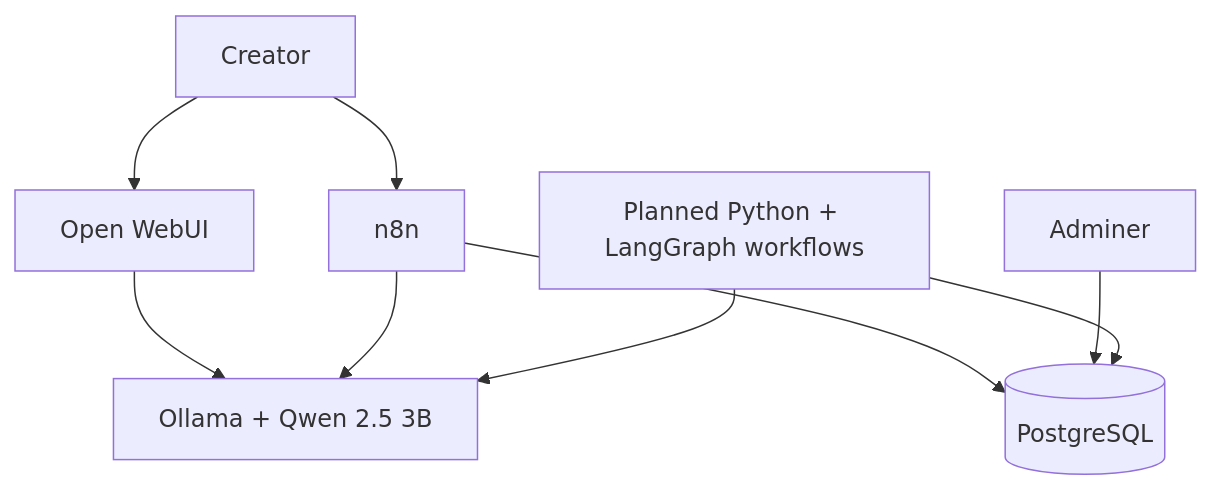
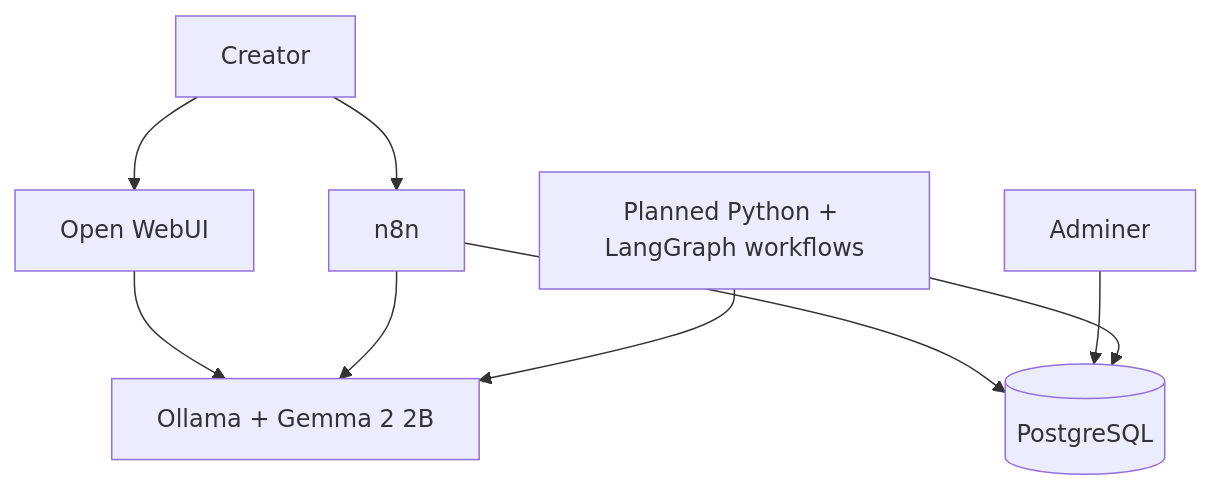
The first of 2 diagrams in docs/ARCHITECTURE.md (younusk1/Creative-AI-Lab), drawn with Mermaid before and after one commit. The commit also changed 9 other files, not shown here.

Commit message:
Changed SLM from QWEN 2.5:3B to Gemma 2:2B

````diff
--- a/docs/ARCHITECTURE.md
+++ b/docs/ARCHITECTURE.md
@@ -9,11 +9,11 @@
 ```mermaid
 flowchart TB
     User[Creator] --> WebUI[Open WebUI]
-    WebUI --> Ollama[Ollama + Qwen 2.5 3B]
+    WebUI --> Ollama[Ollama + Gemma 2 2B]
     User --> N8N[n8n]
     N8N --> Ollama
     N8N --> Postgres[(PostgreSQL)]
     Adminer[Adminer] --> Postgres
     Python[Planned Python + LangGraph workflows] --> Ollama
     Python --> Postgres
 ```
````
